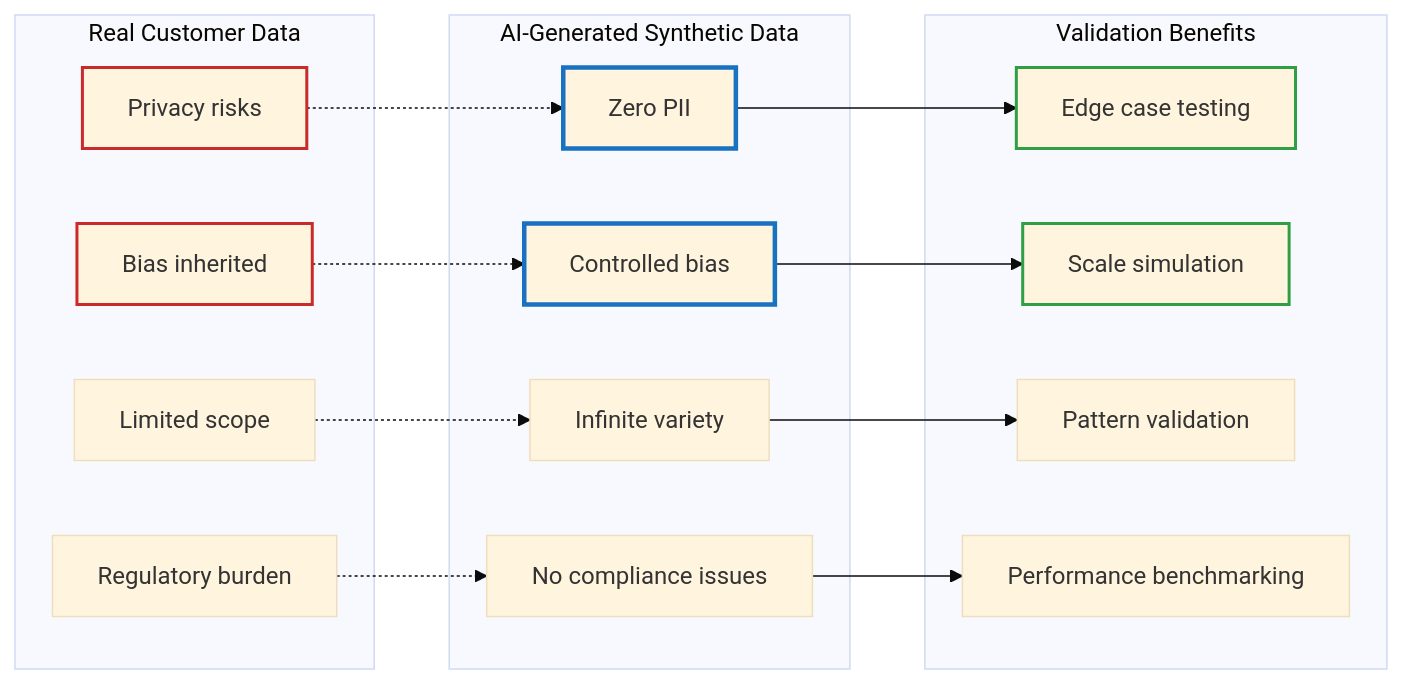
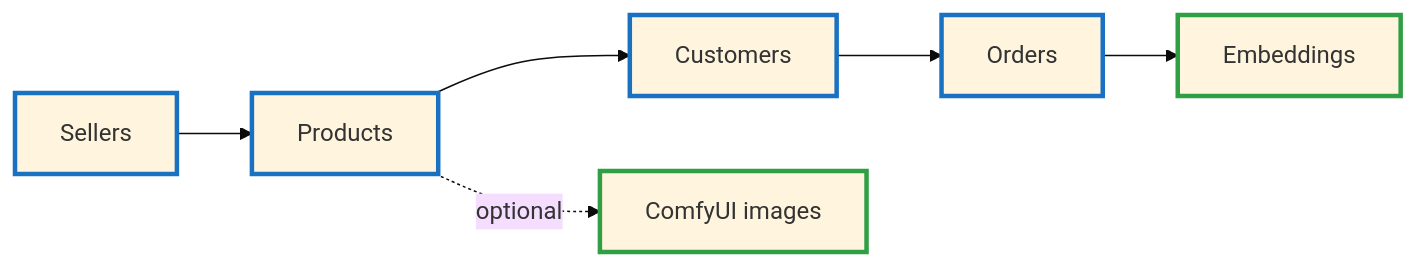
Before and after one commit to Shaddix/mostlylucidweb: the third of 6 diagrams in Mostlylucid/Markdown/zero-pii-customer-intelligence-part1-1.md, drawn with Mermaid (base theme). The commit also changed other lines of this file and 30 other files, not shown here.

````diff
--- a/Mostlylucid/Markdown/zero-pii-customer-intelligence-part1-1.md
+++ b/Mostlylucid/Markdown/zero-pii-customer-intelligence-part1-1.md
@@ -35,40 +127,16 @@
 ```mermaid
-graph LR
-    subgraph RealData["Real Customer Data"]
-        RD1[Privacy risks]
-        RD2[Bias inherited]
-        RD3[Limited scope]
-        RD4[Regulatory burden]
-    end
-    
-    subgraph SyntheticData["AI-Generated Synthetic Data"]
-        SD1[Zero PII]
-        SD2[Controlled bias]
-        SD3[Infinite variety]
-        SD4[No compliance issues]
-    end
-    
-    subgraph Testing["Validation Benefits"]
-        T1[Edge case testing]
-        T2[Scale simulation]
-        T3[Pattern validation]
-        T4[Performance benchmarking]
-    end
-    
-    RD1 -.-> SD1
-    RD2 -.-> SD2
-    RD3 -.-> SD3
-    RD4 -.-> SD4
-    
-    SD1 --> T1
-    SD2 --> T2
-    SD3 --> T3
-    SD4 --> T4
-    
-    style RD1 stroke:#c92a2a,stroke-width:2px
-    style RD2 stroke:#c92a2a,stroke-width:2px
-    style SD1 stroke:#1971c2,stroke-width:3px
-    style SD2 stroke:#1971c2,stroke-width:3px
-    style T1 stroke:#2f9e44,stroke-width:2px
-    style T2 stroke:#2f9e44,stroke-width:2px
+flowchart LR
+    A[Sellers] --> B[Products]
+    B --> C[Customers]
+    C --> D[Orders]
+    D --> E[Embeddings]
+
+    B -. optional .-> I[ComfyUI images]
+
+    style A stroke:#1971c2,stroke-width:3px
+    style B stroke:#1971c2,stroke-width:3px
+    style C stroke:#1971c2,stroke-width:3px
+    style D stroke:#1971c2,stroke-width:3px
+    style E stroke:#2f9e44,stroke-width:3px
+    style I stroke:#2f9e44,stroke-width:3px
 ```
````
